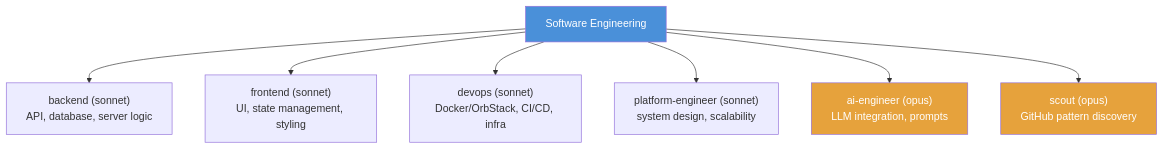
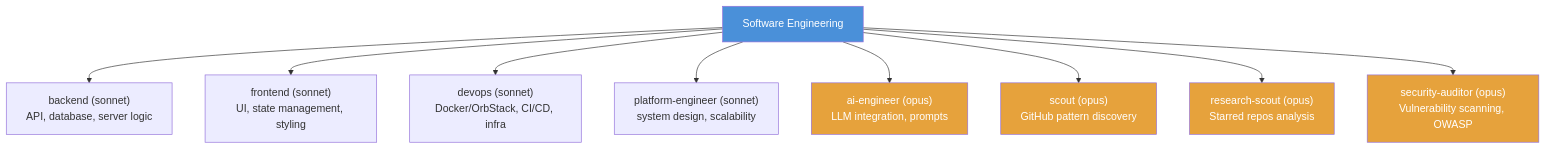
The second of 9 diagrams in docs/website/docs/architecture/agents.md (pjcau/agent-orchestrator), drawn with Mermaid before and after one commit. The commit also changed other lines of this file and 8 other files, not shown here.

````diff
--- a/docs/website/docs/architecture/agents.md
+++ b/docs/website/docs/architecture/agents.md
@@ -37,14 +37,18 @@
 ```mermaid
 graph TD
     SE["Software Engineering"]
     SE --> BE["backend (sonnet)<br/>API, database, server logic"]
     SE --> FE["frontend (sonnet)<br/>UI, state management, styling"]
     SE --> DO["devops (sonnet)<br/>Docker/OrbStack, CI/CD, infra"]
     SE --> PE["platform-engineer (sonnet)<br/>system design, scalability"]
     SE --> AI["ai-engineer (opus)<br/>LLM integration, prompts"]
     SE --> SC["scout (opus)<br/>GitHub pattern discovery"]
+    SE --> RS["research-scout (opus)<br/>Starred repos analysis"]
+    SE --> SA["security-auditor (opus)<br/>Vulnerability scanning, OWASP"]
 
     style SE fill:#4a90d9,color:#fff
     style AI fill:#e6a23c,color:#fff
     style SC fill:#e6a23c,color:#fff
+    style RS fill:#e6a23c,color:#fff
+    style SA fill:#e6a23c,color:#fff
 ```
````
